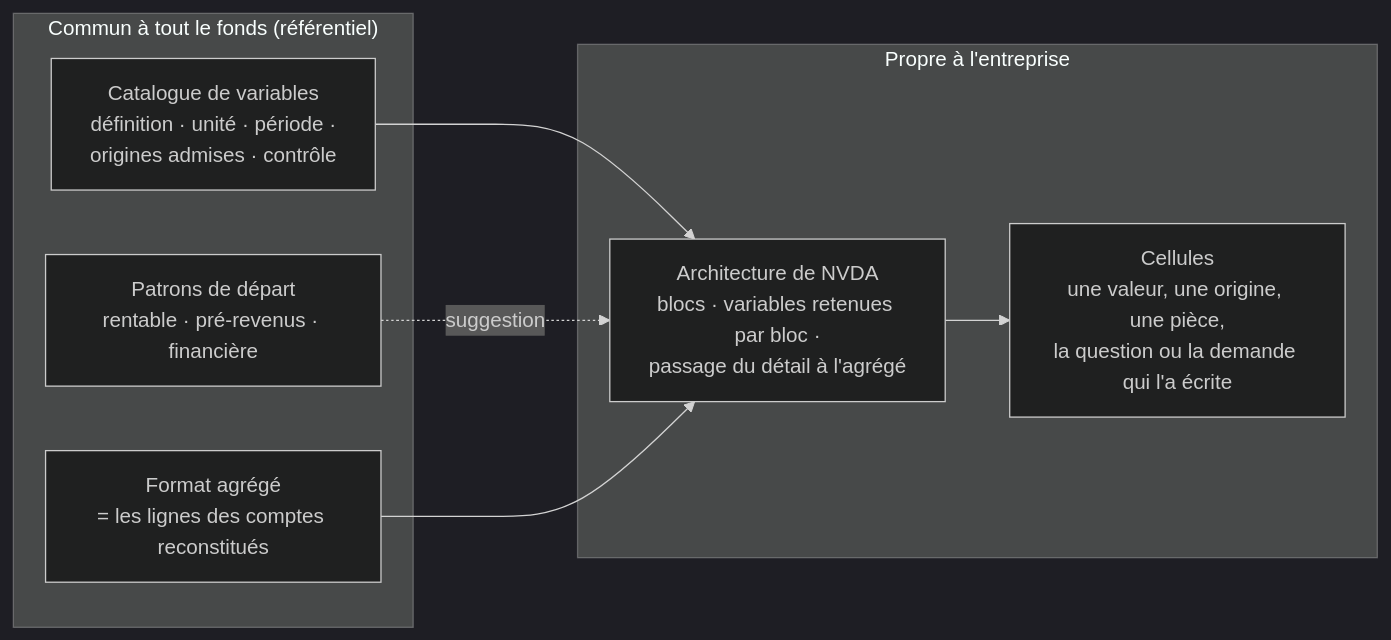
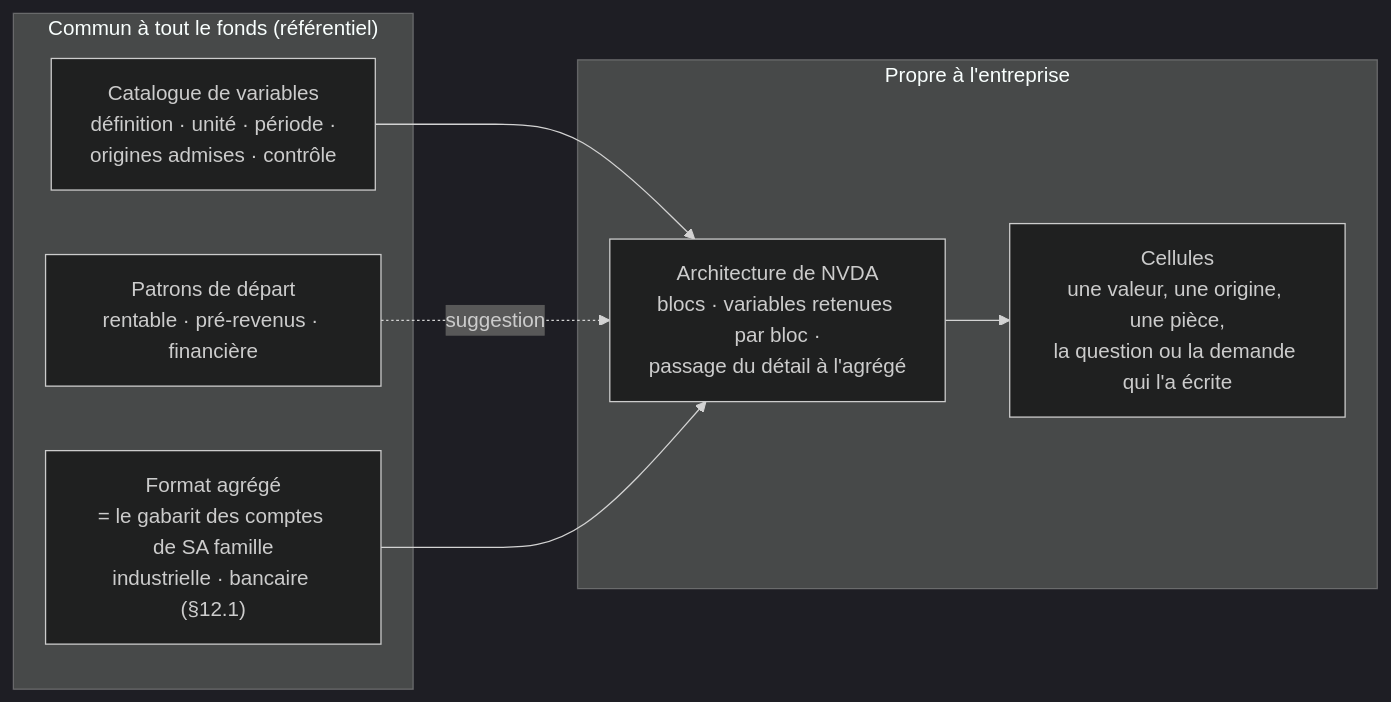
One commit to jeanlangloismeurinne/ai-vps-projects changed the first of 4 diagrams in projects/portfolio-tracker/roadmap/V3/09-modele-entreprise.md. Above: the diagram before and after it, drawn with Mermaid (dark theme). The commit also changed other lines of this file and 8 other files, not shown here.

````diff
--- a/projects/portfolio-tracker/roadmap/V3/09-modele-entreprise.md
+++ b/projects/portfolio-tracker/roadmap/V3/09-modele-entreprise.md
@@ -56,16 +56,16 @@
 ```mermaid
 flowchart LR
   subgraph FONDS["Commun à tout le fonds (référentiel)"]
     CAT["Catalogue de variables<br/>définition · unité · période ·<br/>origines admises · contrôle"]
     PAT["Patrons de départ<br/>rentable · pré-revenus · financière"]
-    AGR["Format agrégé<br/>= les lignes des comptes reconstitués"]
+    AGR["Format agrégé<br/>= le gabarit des comptes de SA famille<br/>industrielle · bancaire (§12.1)"]
   end
   subgraph TITRE["Propre à l'entreprise"]
     ARC["Architecture de NVDA<br/>blocs · variables retenues par bloc ·<br/>passage du détail à l'agrégé"]
     CEL["Cellules<br/>une valeur, une origine, une pièce,<br/>la question ou la demande qui l'a écrite"]
   end
   CAT --> ARC
   PAT -. suggestion .-> ARC
   AGR --> ARC
   ARC --> CEL
 ```
````
